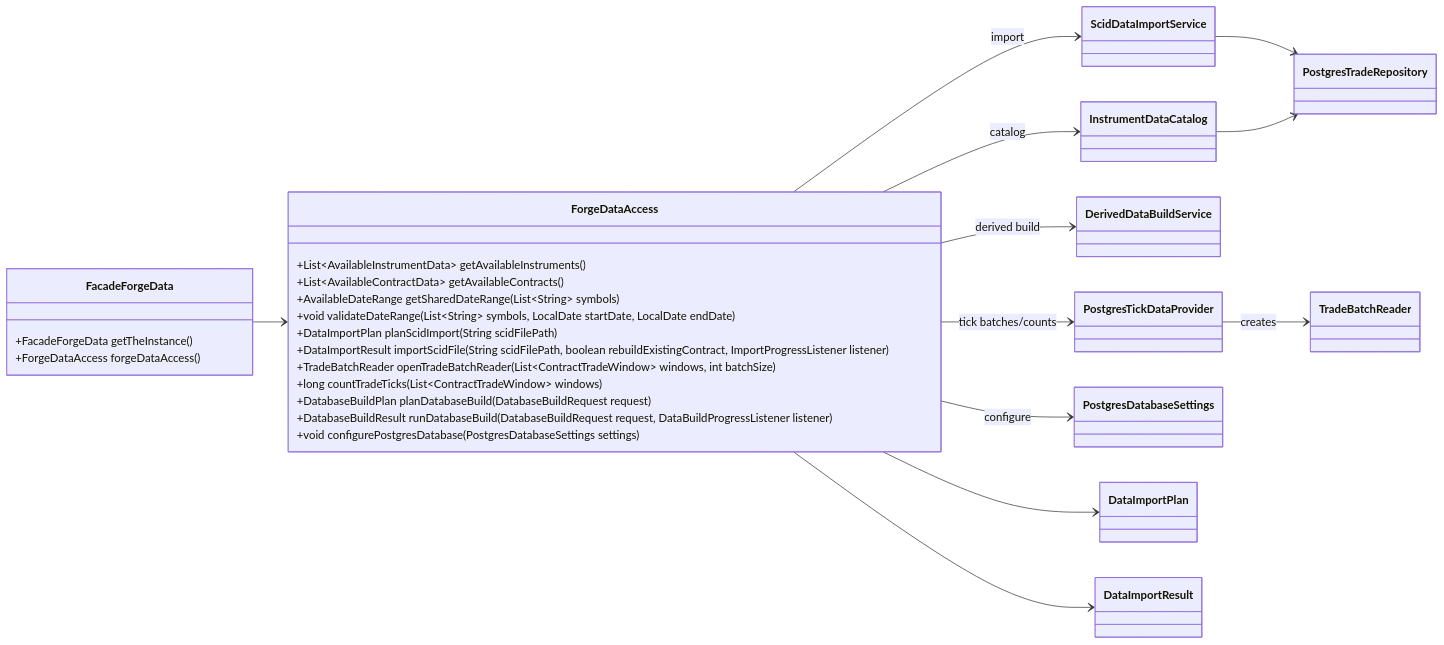
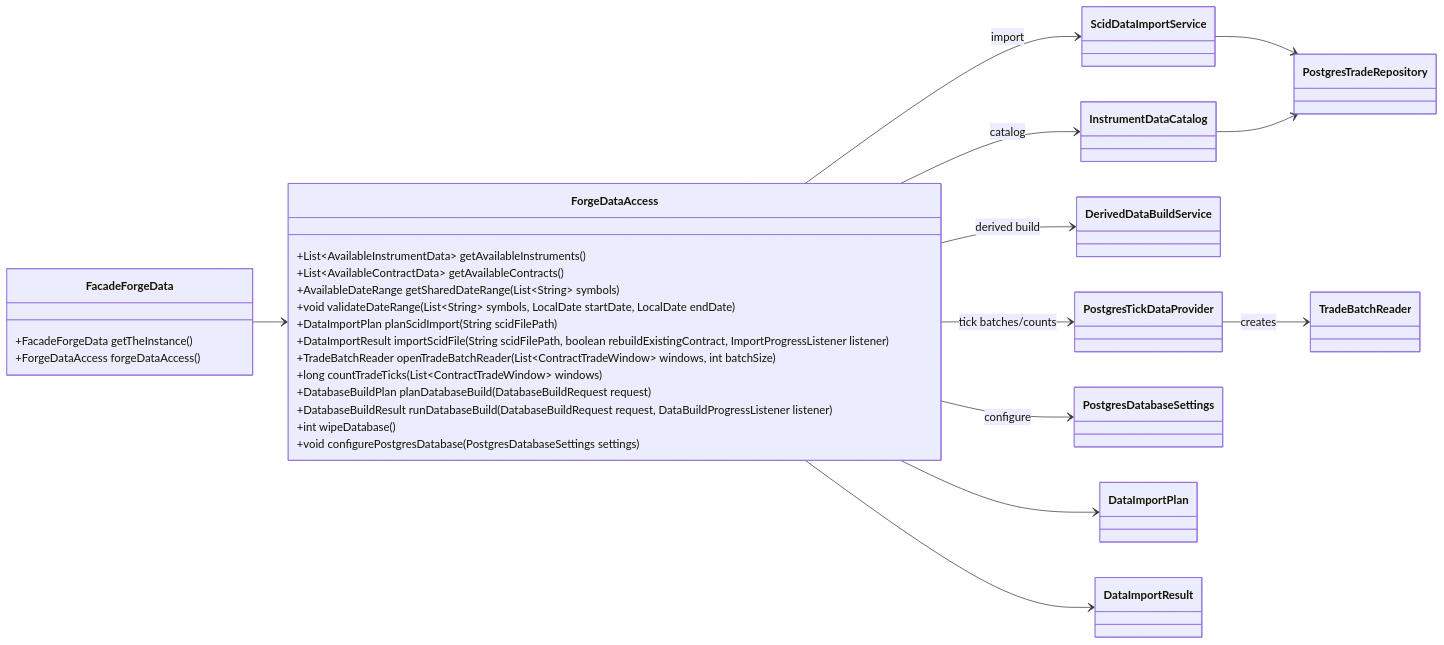
Before and after one commit to probst-paul/FORGE: the eighth of 25 diagrams in class-model.md, drawn with Mermaid. The commit also changed other lines of this file and 11 other files, not shown here.

````diff
--- a/class-model.md
+++ b/class-model.md
@@ -380,45 +473,46 @@
 ```mermaid
 classDiagram
     direction LR
 
     class FacadeForgeData {
         +FacadeForgeData getTheInstance()
         +ForgeDataAccess forgeDataAccess()
     }
 
     class ForgeDataAccess {
         +List~AvailableInstrumentData~ getAvailableInstruments()
         +List~AvailableContractData~ getAvailableContracts()
         +AvailableDateRange getSharedDateRange(List~String~ symbols)
         +void validateDateRange(List~String~ symbols, LocalDate startDate, LocalDate endDate)
         +DataImportPlan planScidImport(String scidFilePath)
         +DataImportResult importScidFile(String scidFilePath, boolean rebuildExistingContract, ImportProgressListener listener)
         +TradeBatchReader openTradeBatchReader(List~ContractTradeWindow~ windows, int batchSize)
         +long countTradeTicks(List~ContractTradeWindow~ windows)
         +DatabaseBuildPlan planDatabaseBuild(DatabaseBuildRequest request)
         +DatabaseBuildResult runDatabaseBuild(DatabaseBuildRequest request, DataBuildProgressListener listener)
+        +int wipeDatabase()
         +void configurePostgresDatabase(PostgresDatabaseSettings settings)
     }
 
     class InstrumentDataCatalog
     class ScidDataImportService
     class DerivedDataBuildService
     class PostgresTradeRepository
     class PostgresTickDataProvider
     class PostgresDatabaseSettings
     class TradeBatchReader
     class DataImportPlan
     class DataImportResult
 
     FacadeForgeData --> ForgeDataAccess
     ForgeDataAccess --> InstrumentDataCatalog : catalog
     ForgeDataAccess --> ScidDataImportService : import
     ForgeDataAccess --> DerivedDataBuildService : derived build
     ForgeDataAccess --> PostgresTickDataProvider : tick batches/counts
     ForgeDataAccess --> PostgresDatabaseSettings : configure
     ScidDataImportService --> PostgresTradeRepository
     InstrumentDataCatalog --> PostgresTradeRepository
     PostgresTickDataProvider --> TradeBatchReader : creates
     ForgeDataAccess --> DataImportPlan
     ForgeDataAccess --> DataImportResult
 ```
````
